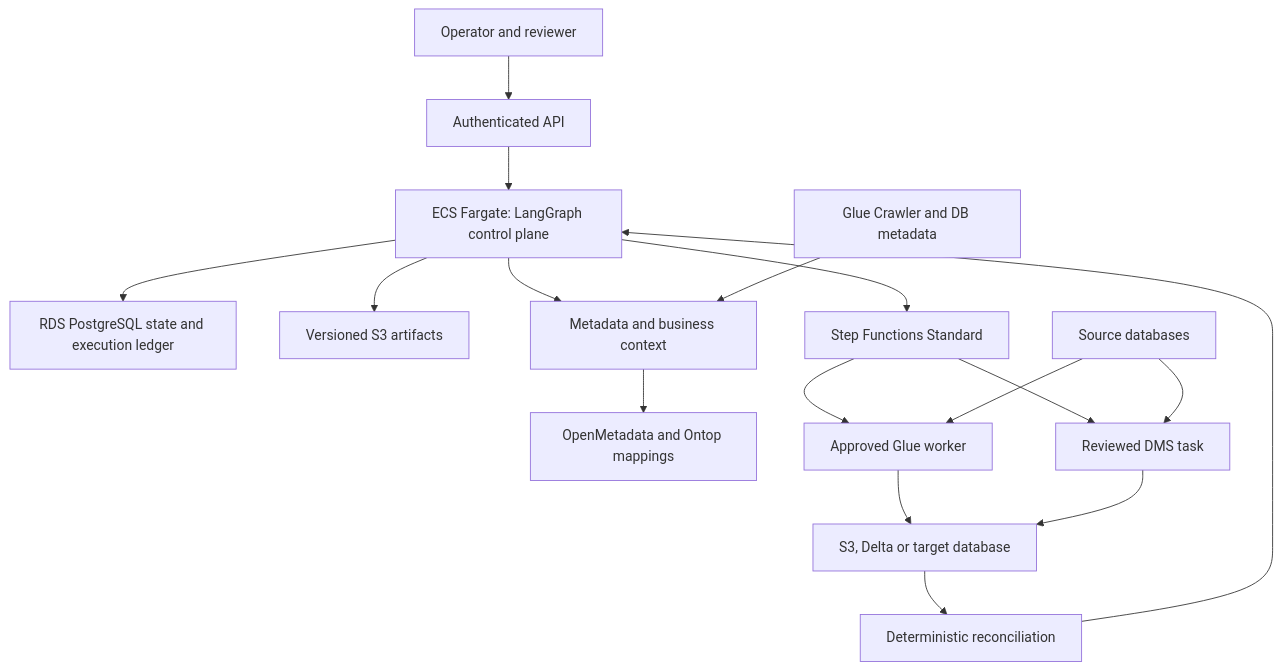
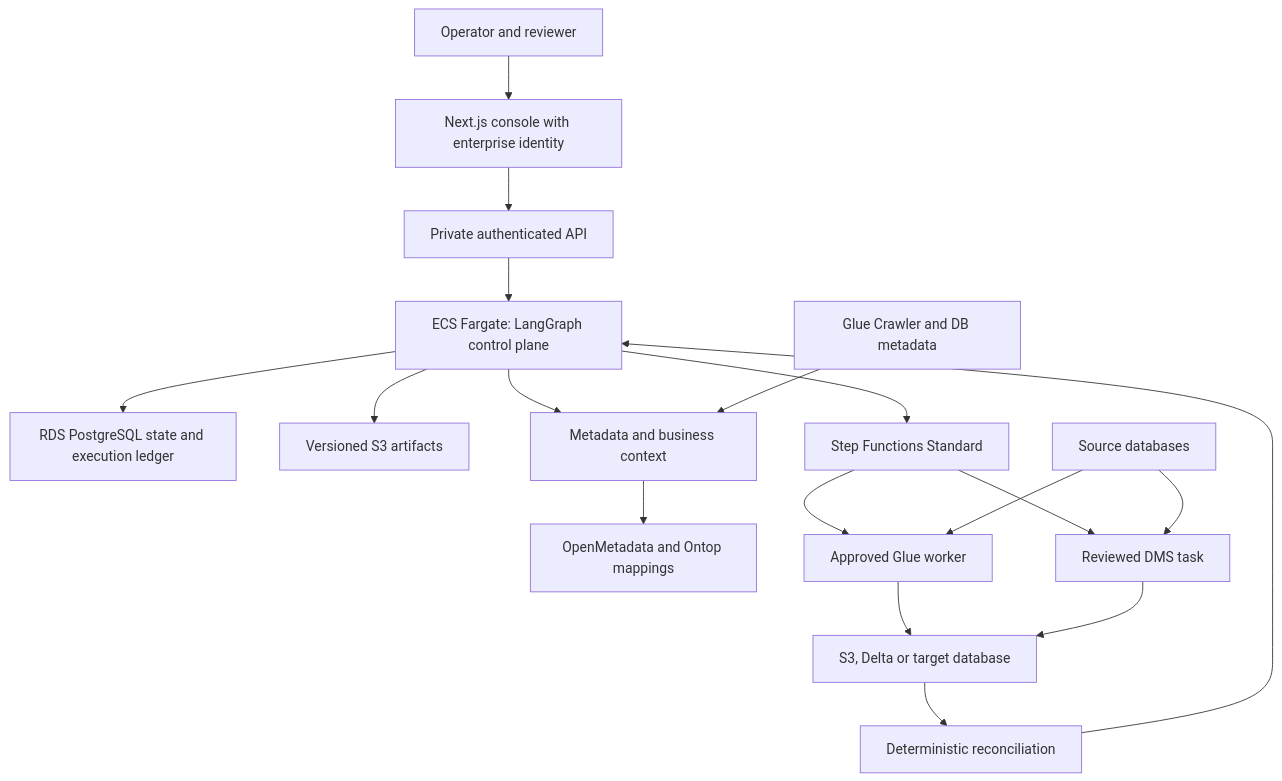
Before and after one commit to mahi80/DataMigration: the second of 2 diagrams in docs/architecture/aws.md, drawn with Mermaid. The commit also changed other lines of this file and 51 other files, not shown here.

Commit message:
Add governed Next.js migration console and integrated quality checks

````diff
--- a/docs/architecture/aws.md
+++ b/docs/architecture/aws.md
@@ -47,19 +79,20 @@
 ```mermaid
 flowchart TD
-    User["Operator and reviewer"] --> API["Authenticated API"]
+    User["Operator and reviewer"] --> Console["Next.js console with enterprise identity"]
+    Console --> API["Private authenticated API"]
     API --> Graph["ECS Fargate: LangGraph control plane"]
     Graph --> State["RDS PostgreSQL state and execution ledger"]
     Graph --> Artifacts["Versioned S3 artifacts"]
     Graph --> Catalog["Metadata and business context"]
     Crawler["Glue Crawler and DB metadata"] --> Catalog
     Catalog --> Governance["OpenMetadata and Ontop mappings"]
     Graph --> SF["Step Functions Standard"]
     SF --> Glue["Approved Glue worker"]
     SF --> DMS["Reviewed DMS task"]
     Source["Source databases"] --> Glue
     Source --> DMS
     Glue --> Target["S3, Delta or target database"]
     DMS --> Target
     Target --> Check["Deterministic reconciliation"]
     Check --> Graph
 ```
````
